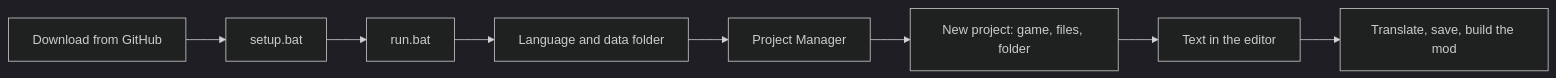
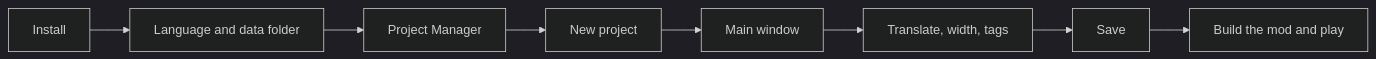
Before and after one commit to rashevskyv/Picoripi: the diagram in docs/wiki/0_Getting_Started.md, drawn with Mermaid (dark theme). The commit also changed other lines of this file and 37 other files, not shown here.

````diff
--- a/docs/wiki/0_Getting_Started.md
+++ b/docs/wiki/0_Getting_Started.md
@@ -16,10 +17,10 @@
 ```mermaid
 flowchart LR
-  A[Download from GitHub] --> B[setup.bat]
-  B --> C[run.bat]
-  C --> D[Language and data folder]
-  D --> E[Project Manager]
-  E --> F[New project: game, files, folder]
-  F --> G[Text in the editor]
-  G --> H[Translate, save, build the mod]
+  A[Install] --> B[Language and data folder]
+  B --> C[Project Manager]
+  C --> D[New project]
+  D --> E[Main window]
+  E --> F[Translate, width, tags]
+  F --> G[Save]
+  G --> H[Build the mod and play]
 ```
````
